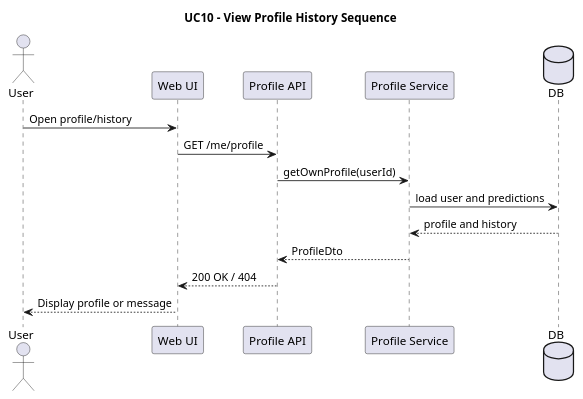
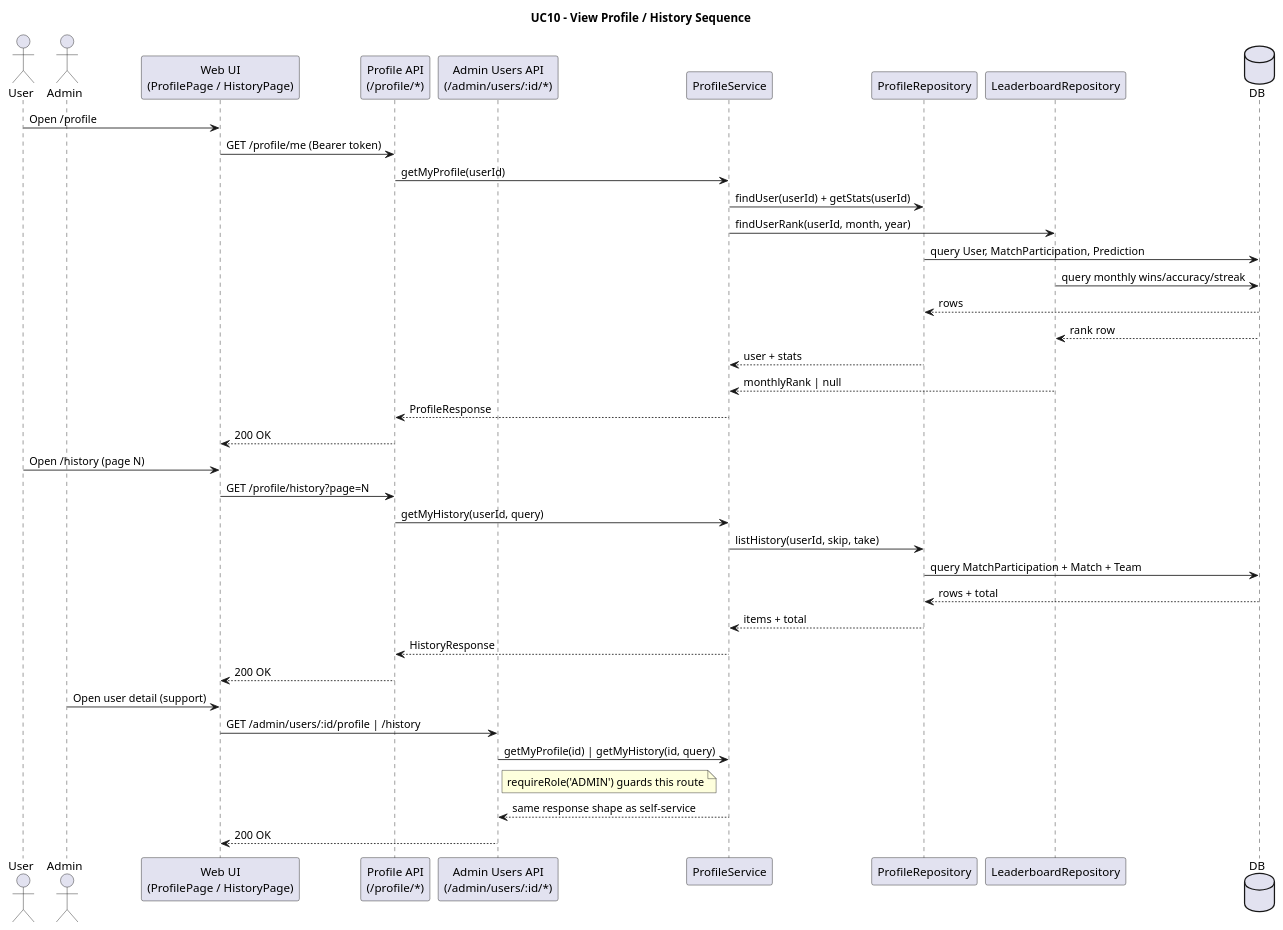
Before and after one commit to bluebearccc/Football-Lover: the diagram in docs/Football-Lover/diagrams/uc-10/uc-10-sequence.puml, drawn with PlantUML. The commit also changed 37 other files, not shown here.

First line of the commit message:
Add admin criterion templates, prediction submission, and login role redirect

```diff
--- a/docs/Football-Lover/diagrams/uc-10/uc-10-sequence.puml
+++ b/docs/Football-Lover/diagrams/uc-10/uc-10-sequence.puml
@@ -1,16 +1,43 @@
 @startuml
-title UC10 - View Profile History Sequence
+title UC10 - View Profile / History Sequence
 actor User
-participant "Web UI" as UI
-participant "Profile API" as API
-participant "Profile Service" as Svc
+actor Admin
+participant "Web UI\n(ProfilePage / HistoryPage)" as UI
+participant "Profile API\n(/profile/*)" as API
+participant "Admin Users API\n(/admin/users/:id/*)" as AdminAPI
+participant "ProfileService" as Svc
+participant "ProfileRepository" as Repo
+participant "LeaderboardRepository" as LbRepo
 database "DB" as DB
-User -> UI : Open profile/history
-UI -> API : GET /me/profile
-API -> Svc : getOwnProfile(userId)
-Svc -> DB : load user and predictions
-DB --> Svc : profile and history
-Svc --> API : ProfileDto
-API --> UI : 200 OK / 404
-UI --> User : Display profile or message
+
+User -> UI : Open /profile
+UI -> API : GET /profile/me (Bearer token)
+API -> Svc : getMyProfile(userId)
+Svc -> Repo : findUser(userId) + getStats(userId)
+Svc -> LbRepo : findUserRank(userId, month, year)
+Repo -> DB : query User, MatchParticipation, Prediction
+LbRepo -> DB : query monthly wins/accuracy/streak
+DB --> Repo : rows
+DB --> LbRepo : rank row
+Repo --> Svc : user + stats
+LbRepo --> Svc : monthlyRank | null
+Svc --> API : ProfileResponse
+API --> UI : 200 OK
+
+User -> UI : Open /history (page N)
+UI -> API : GET /profile/history?page=N
+API -> Svc : getMyHistory(userId, query)
+Svc -> Repo : listHistory(userId, skip, take)
+Repo -> DB : query MatchParticipation + Match + Team
+DB --> Repo : rows + total
+Repo --> Svc : items + total
+Svc --> API : HistoryResponse
+API --> UI : 200 OK
+
+Admin -> UI : Open user detail (support)
+UI -> AdminAPI : GET /admin/users/:id/profile | /history
+AdminAPI -> Svc : getMyProfile(id) | getMyHistory(id, query)
+note right of AdminAPI : requireRole('ADMIN') guards this route
+Svc --> AdminAPI : same response shape as self-service
+AdminAPI --> UI : 200 OK
 @enduml
```
